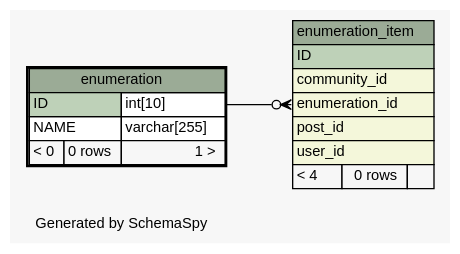
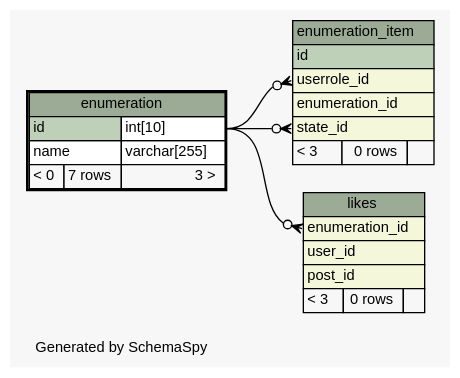
One commit to chr-krenn/chr-krenn-fhj-ws2017-sd17-pse changed the diagram in doc/db_schema/diagrams/enumeration.1degree.dot. Above: the diagram before and after it, drawn with Graphviz. The commit also changed 65 other files, not shown here.

```diff
--- a/doc/db_schema/diagrams/enumeration.1degree.dot
+++ b/doc/db_schema/diagrams/enumeration.1degree.dot
@@ -1,48 +1,61 @@
 // dot 2.40.1 on Linux 4.12.5-300.fc26.x86_64
 // SchemaSpy rev 590
 digraph "oneDegreeRelationshipsDiagram" {
   graph [
     rankdir="RL"
     bgcolor="#f7f7f7"
     label="\nGenerated by SchemaSpy"
     labeljust="l"
     nodesep="0.18"
     ranksep="0.46"
     fontname="Helvetica"
     fontsize="11"
   ];
   node [
     fontname="Helvetica"
     fontsize="11"
     shape="plaintext"
   ];
   edge [
     arrowsize="0.8"
   ];
-  "enumeration_item":"enumeration_id":w -> "enumeration":"ID.type":e [arrowhead=none dir=back arrowtail=crowodot];
+  "enumeration_item":"state_id":w -> "enumeration":"id.type":e [arrowhead=none dir=back arrowtail=crowodot];
+  "enumeration_item":"userrole_id":w -> "enumeration":"id.type":e [arrowhead=none dir=back arrowtail=crowodot];
+  "likes":"enumeration_id":w -> "enumeration":"id.type":e [arrowhead=none dir=back arrowtail=crowodot];
   "enumeration" [
     label=<
     <TABLE BORDER="2" CELLBORDER="1" CELLSPACING="0" BGCOLOR="#ffffff">
       <TR><TD COLSPAN="3" BGCOLOR="#9bab96" ALIGN="CENTER">enumeration</TD></TR>
-      <TR><TD PORT="ID" COLSPAN="2" BGCOLOR="#bed1b8" ALIGN="LEFT">ID</TD><TD PORT="ID.type" ALIGN="LEFT">int[10]</TD></TR>
-      <TR><TD PORT="NAME" COLSPAN="2" ALIGN="LEFT">NAME</TD><TD PORT="NAME.type" ALIGN="LEFT">varchar[255]</TD></TR>
-      <TR><TD ALIGN="LEFT" BGCOLOR="#f7f7f7">&lt; 0</TD><TD ALIGN="RIGHT" BGCOLOR="#f7f7f7">0 rows</TD><TD ALIGN="RIGHT" BGCOLOR="#f7f7f7">1 &gt;</TD></TR>
+      <TR><TD PORT="id" COLSPAN="2" BGCOLOR="#bed1b8" ALIGN="LEFT">id</TD><TD PORT="id.type" ALIGN="LEFT">int[10]</TD></TR>
+      <TR><TD PORT="name" COLSPAN="2" ALIGN="LEFT">name</TD><TD PORT="name.type" ALIGN="LEFT">varchar[255]</TD></TR>
+      <TR><TD ALIGN="LEFT" BGCOLOR="#f7f7f7">&lt; 0</TD><TD ALIGN="RIGHT" BGCOLOR="#f7f7f7">7 rows</TD><TD ALIGN="RIGHT" BGCOLOR="#f7f7f7">3 &gt;</TD></TR>
     </TABLE>>
     URL="enumeration.html"
     tooltip="enumeration"
   ];
   "enumeration_item" [
     label=<
     <TABLE BORDER="0" CELLBORDER="1" CELLSPACING="0" BGCOLOR="#ffffff">
       <TR><TD COLSPAN="3" BGCOLOR="#9bab96" ALIGN="CENTER">enumeration_item</TD></TR>
-      <TR><TD PORT="ID" COLSPAN="3" BGCOLOR="#bed1b8" ALIGN="LEFT">ID</TD></TR>
-      <TR><TD PORT="community_id" COLSPAN="3" BGCOLOR="#f4f7da" ALIGN="LEFT">community_id</TD></TR>
+      <TR><TD PORT="id" COLSPAN="3" BGCOLOR="#bed1b8" ALIGN="LEFT">id</TD></TR>
+      <TR><TD PORT="userrole_id" COLSPAN="3" BGCOLOR="#f4f7da" ALIGN="LEFT">userrole_id</TD></TR>
       <TR><TD PORT="enumeration_id" COLSPAN="3" BGCOLOR="#f4f7da" ALIGN="LEFT">enumeration_id</TD></TR>
-      <TR><TD PORT="post_id" COLSPAN="3" BGCOLOR="#f4f7da" ALIGN="LEFT">post_id</TD></TR>
-      <TR><TD PORT="user_id" COLSPAN="3" BGCOLOR="#f4f7da" ALIGN="LEFT">user_id</TD></TR>
-      <TR><TD ALIGN="LEFT" BGCOLOR="#f7f7f7">&lt; 4</TD><TD ALIGN="RIGHT" BGCOLOR="#f7f7f7">0 rows</TD><TD ALIGN="RIGHT" BGCOLOR="#f7f7f7">  </TD></TR>
+      <TR><TD PORT="state_id" COLSPAN="3" BGCOLOR="#f4f7da" ALIGN="LEFT">state_id</TD></TR>
+      <TR><TD ALIGN="LEFT" BGCOLOR="#f7f7f7">&lt; 3</TD><TD ALIGN="RIGHT" BGCOLOR="#f7f7f7">0 rows</TD><TD ALIGN="RIGHT" BGCOLOR="#f7f7f7">  </TD></TR>
     </TABLE>>
     URL="enumeration_item.html"
     tooltip="enumeration_item"
   ];
+  "likes" [
+    label=<
+    <TABLE BORDER="0" CELLBORDER="1" CELLSPACING="0" BGCOLOR="#ffffff">
+      <TR><TD COLSPAN="3" BGCOLOR="#9bab96" ALIGN="CENTER">likes</TD></TR>
+      <TR><TD PORT="enumeration_id" COLSPAN="3" BGCOLOR="#f4f7da" ALIGN="LEFT">enumeration_id</TD></TR>
+      <TR><TD PORT="user_id" COLSPAN="3" BGCOLOR="#f4f7da" ALIGN="LEFT">user_id</TD></TR>
+      <TR><TD PORT="post_id" COLSPAN="3" BGCOLOR="#f4f7da" ALIGN="LEFT">post_id</TD></TR>
+      <TR><TD ALIGN="LEFT" BGCOLOR="#f7f7f7">&lt; 3</TD><TD ALIGN="RIGHT" BGCOLOR="#f7f7f7">0 rows</TD><TD ALIGN="RIGHT" BGCOLOR="#f7f7f7">  </TD></TR>
+    </TABLE>>
+    URL="likes.html"
+    tooltip="likes"
+  ];
 }
```
